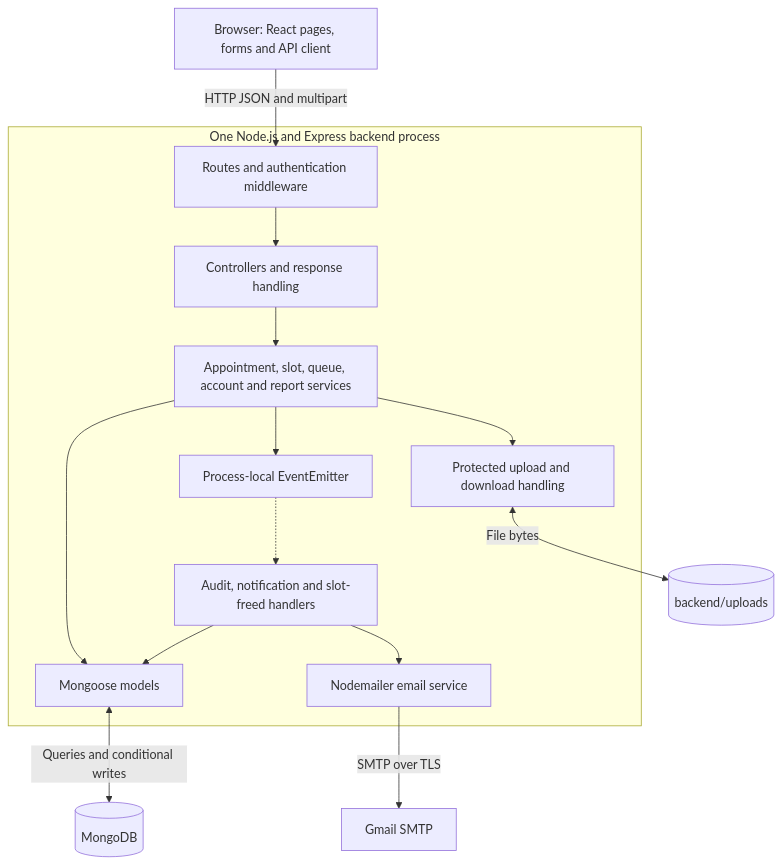
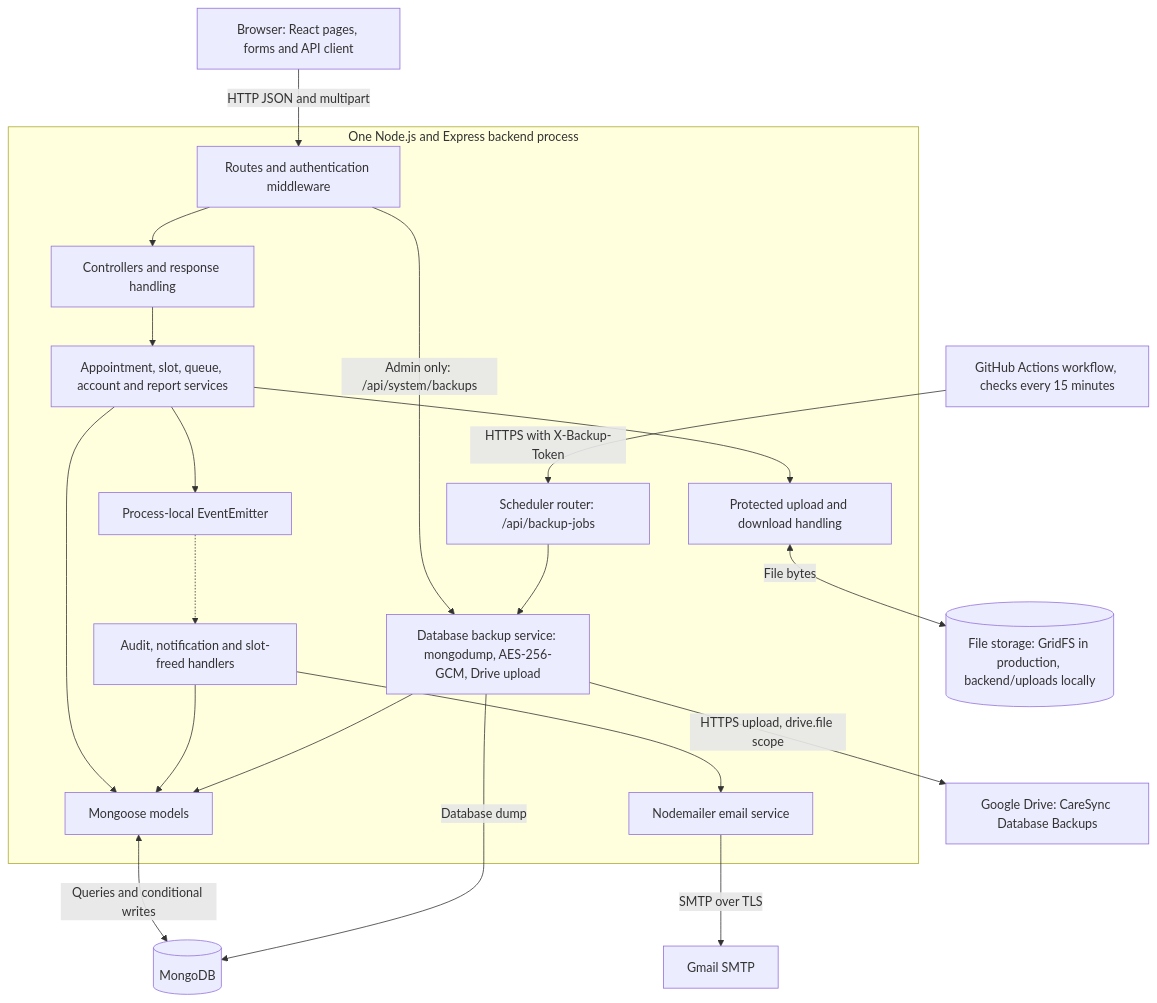
The diagram in docs/final_submission/diagrams/07-application-architecture.mmd (EmlanoCC-Dev/SIA_CareSync), drawn with Mermaid before and after one commit. The commit also changed 13 other files, not shown here.

Commit message:
Update final submission diagrams

```diff
--- a/docs/final_submission/diagrams/07-application-architecture.mmd
+++ b/docs/final_submission/diagrams/07-application-architecture.mmd
@@ -1,15 +1,21 @@
 flowchart TB
     browser["Browser: React pages, forms and API client"] -->|"HTTP JSON and multipart"| api
+    github["GitHub Actions workflow, checks every 15 minutes"] -->|"HTTPS with X-Backup-Token"| jobs
     subgraph backend["One Node.js and Express backend process"]
         api["Routes and authentication middleware"] --> controllers["Controllers and response handling"]
         controllers --> services["Appointment, slot, queue, account and report services"]
         services --> models["Mongoose models"]
         services --> emitter["Process-local EventEmitter"]
         emitter -.-> handlers["Audit, notification and slot-freed handlers"]
         handlers --> models
         handlers --> email["Nodemailer email service"]
         services --> upload["Protected upload and download handling"]
+        api -->|"Admin only: /api/system/backups"| backup["Database backup service: mongodump, AES-256-GCM, Drive upload"]
+        jobs["Scheduler router: /api/backup-jobs"] --> backup
+        backup --> models
     end
     models <-->|"Queries and conditional writes"| db[("MongoDB")]
-    upload <-->|"File bytes"| files[("backend/uploads")]
+    upload <-->|"File bytes"| files[("File storage: GridFS in production, backend/uploads locally")]
+    backup -->|"Database dump"| db
     email -->|"SMTP over TLS"| smtp["Gmail SMTP"]
+    backup -->|"HTTPS upload, drive.file scope"| drive["Google Drive: CareSync Database Backups"]
```
